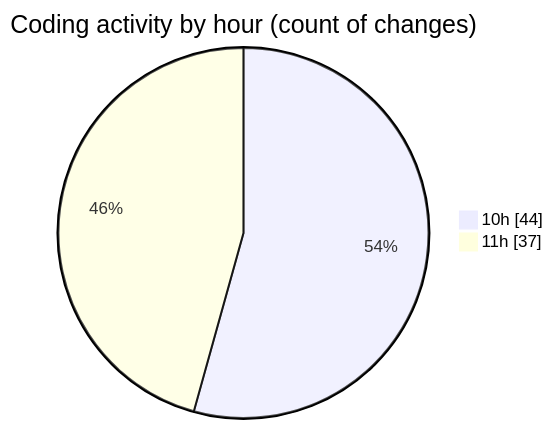
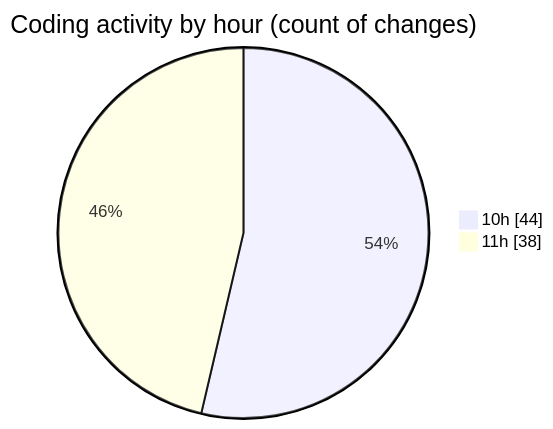
The second of 2 diagrams in 2025-08-28/cda/README.md (momahboobian/code-tracking), drawn with Mermaid before and after one commit. The commit also changed other lines of this file and 1 other file, not shown here.

````diff
--- a/2025-08-28/cda/README.md
+++ b/2025-08-28/cda/README.md
@@ -31,6 +31,6 @@
 ```mermaid
 pie showData
 title Coding activity by hour (count of changes)
 "10h" : 44
-"11h" : 37
+"11h" : 38
 ```
````
